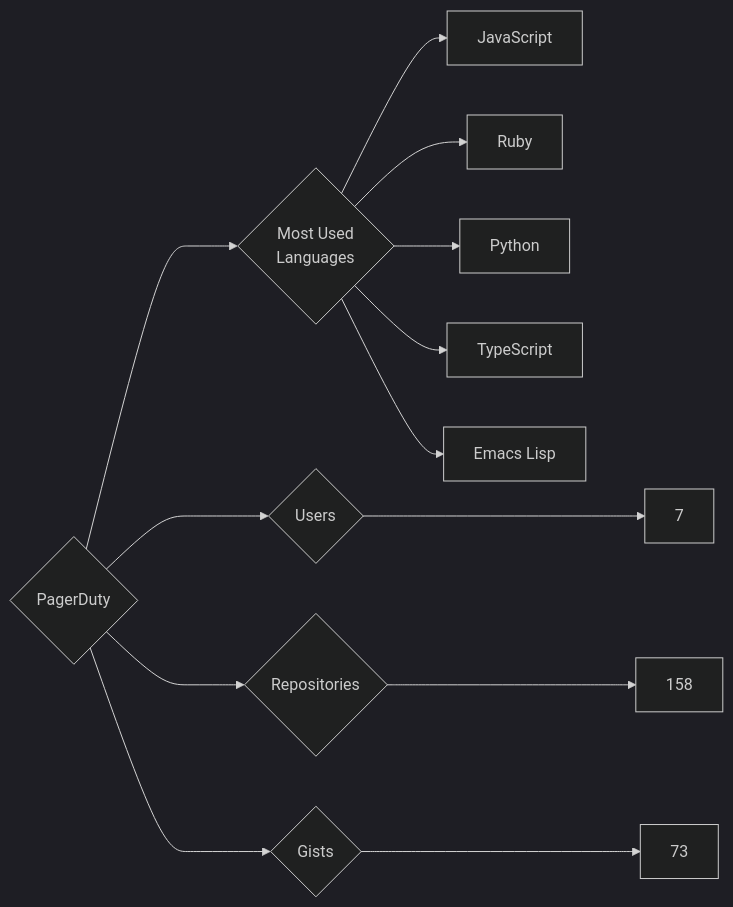
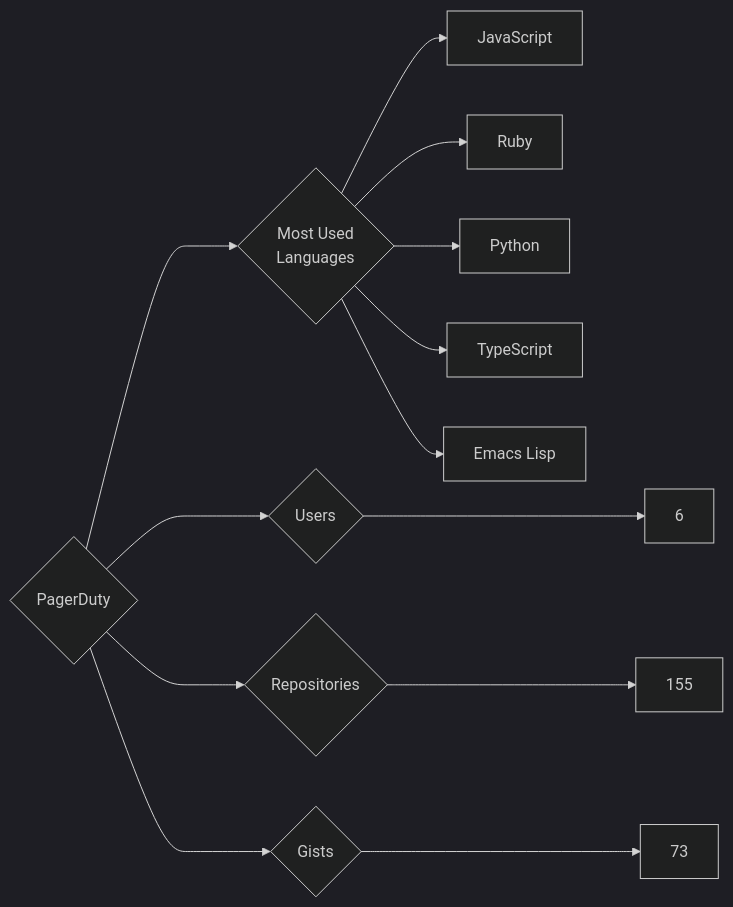
The diagram in targets/PagerDuty/README.md (trickest/insiders), drawn with Mermaid (dark theme) before and after one commit. The commit also changed 797 other files, not shown here.

````diff
--- a/targets/PagerDuty/README.md
+++ b/targets/PagerDuty/README.md
@@ -3,13 +3,13 @@
 ```mermaid
 graph LR
 COMPANY_NAME{PagerDuty}
-COMPANY_NAME ---> U{Users} ---> UN[7]
-COMPANY_NAME ---> R{Repositories} ---> RN[158]
+COMPANY_NAME ---> U{Users} ---> UN[6]
+COMPANY_NAME ---> R{Repositories} ---> RN[155]
 COMPANY_NAME ---> G{Gists} ---> GN[73]
 COMPANY_NAME ---> ML{Most Used<br>Languages}
 ML --> JavaScript[JavaScript]
 ML --> Ruby[Ruby]
 ML --> Python[Python]
 ML --> TypeScript[TypeScript]
 ML --> Emacs_Lisp[Emacs Lisp]
 ```
````
